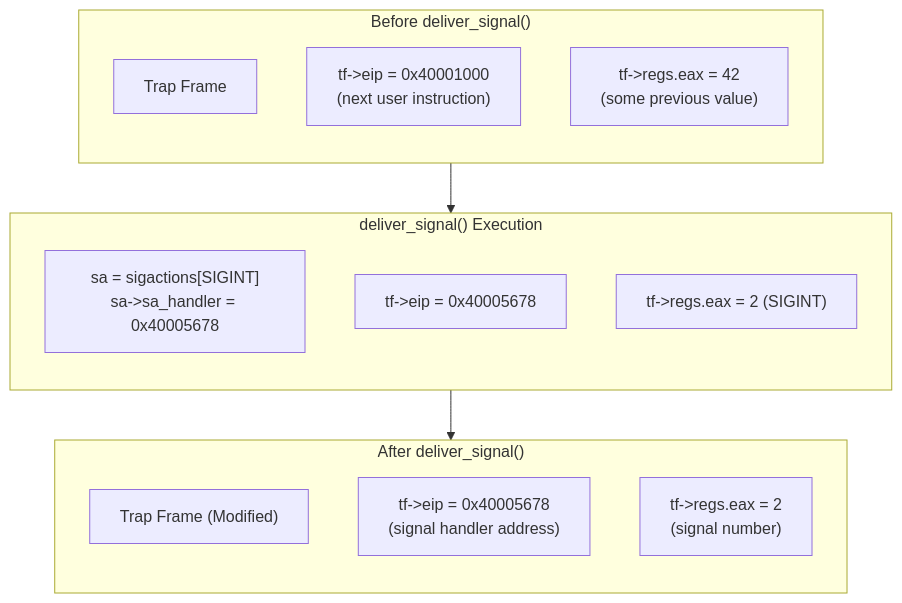
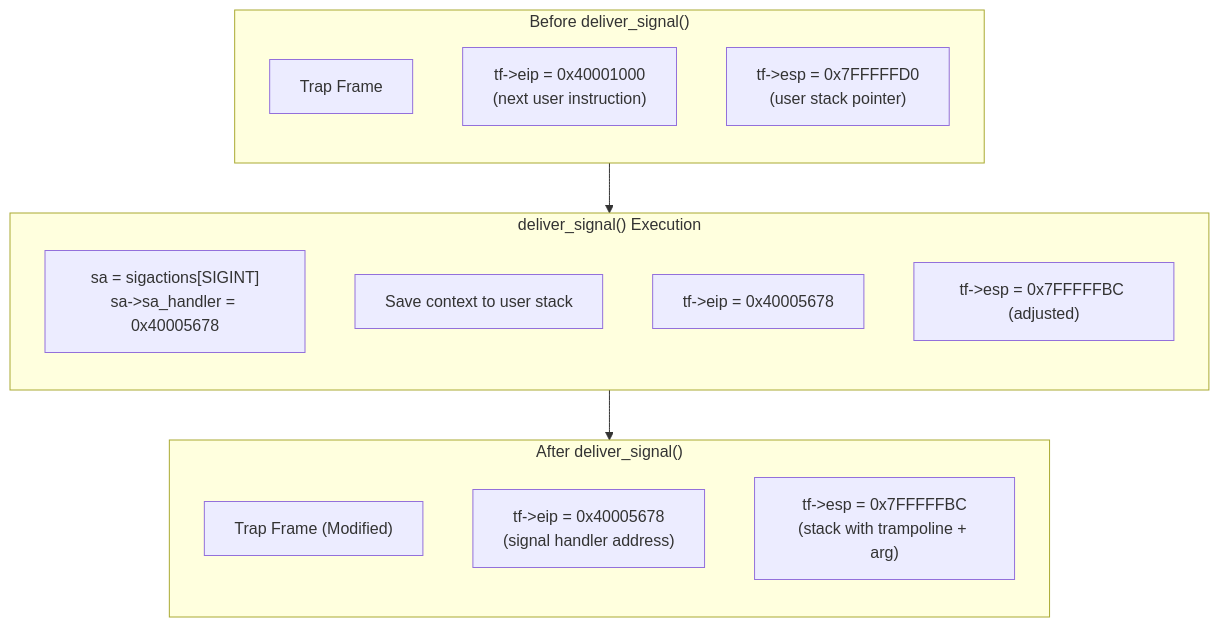
The fifth of 8 diagrams in docs/03_signal_delivery.md (SillyCatto/OS_Project-Signal), drawn with Mermaid before and after one commit. The commit also changed other lines of this file and 9 other files, not shown here.

````diff
--- a/docs/03_signal_delivery.md
+++ b/docs/03_signal_delivery.md
@@ -258,25 +274,26 @@
 ```mermaid
 flowchart TB
     subgraph Before["Before deliver_signal()"]
         direction TB
         TF1["Trap Frame"]
         EIP1["tf->eip = 0x40001000<br/>(next user instruction)"]
-        EAX1["tf->regs.eax = 42<br/>(some previous value)"]
+        ESP1["tf->esp = 0x7FFFFFD0<br/>(user stack pointer)"]
     end
 
     subgraph During["deliver_signal() Execution"]
         direction TB
         ACT["sa = sigactions[SIGINT]<br/>sa->sa_handler = 0x40005678"]
+        MOD0["Save context to user stack"]
         MOD1["tf->eip = 0x40005678"]
-        MOD2["tf->regs.eax = 2 (SIGINT)"]
+        MOD2["tf->esp = 0x7FFFFFBC (adjusted)"]
     end
 
     subgraph After["After deliver_signal()"]
         direction TB
         TF2["Trap Frame (Modified)"]
         EIP2["tf->eip = 0x40005678<br/>(signal handler address)"]
-        EAX2["tf->regs.eax = 2<br/>(signal number)"]
+        ESP2["tf->esp = 0x7FFFFFBC<br/>(stack with trampoline + arg)"]
     end
 
     Before --> During --> After
 ```
````
